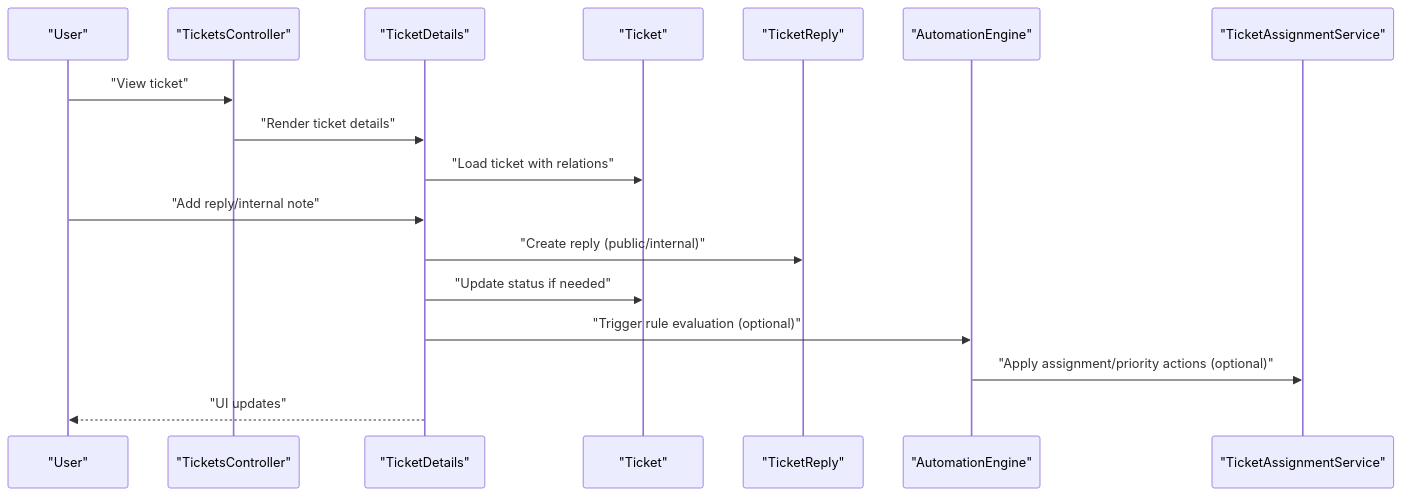
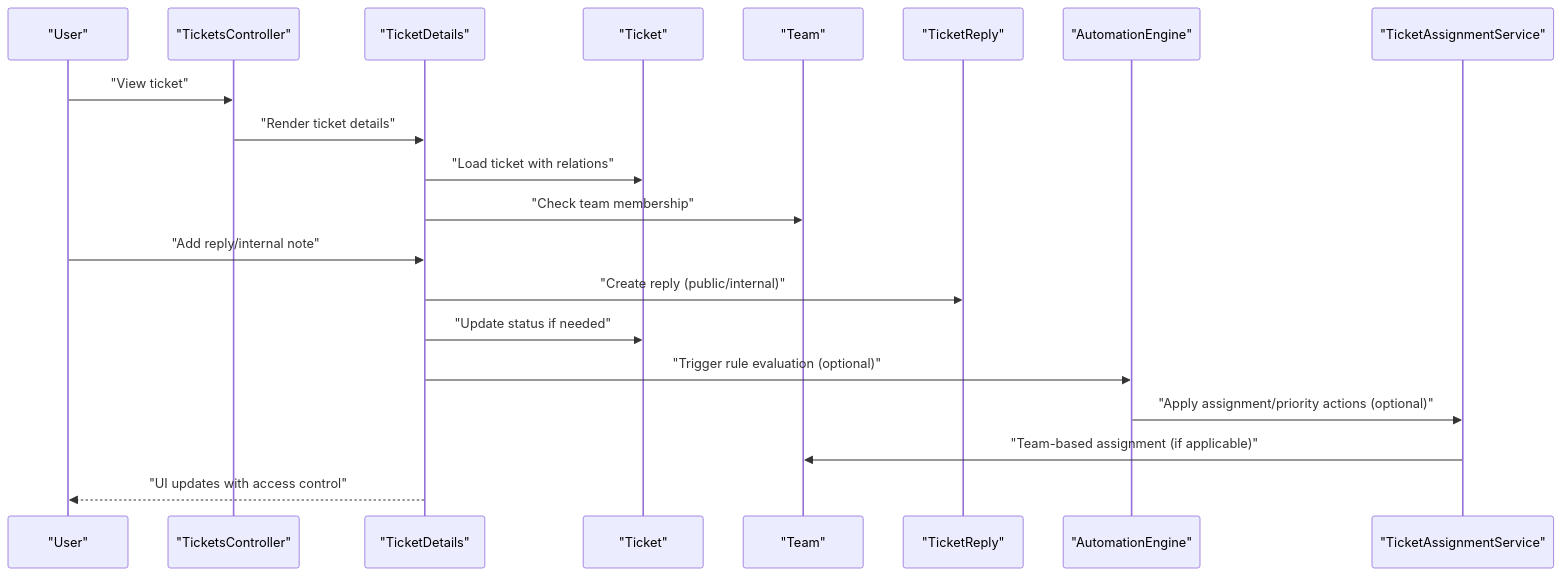
Before and after one commit to younesgamer68/helpdesk-system: the second of 10 diagrams in .qoder/repowiki/en/content/Ticket Management System/Ticket Management System.md, drawn with Mermaid. The commit also changed other lines of this file and 12 other files, not shown here.

````diff
--- a/.qoder/repowiki/en/content/Ticket Management System/Ticket Management System.md
+++ b/.qoder/repowiki/en/content/Ticket Management System/Ticket Management System.md
@@ -121,19 +150,22 @@
 ```mermaid
 sequenceDiagram
 participant U as "User"
 participant Ctrl as "TicketsController"
 participant LW as "TicketDetails"
 participant M as "Ticket"
+participant T as "Team"
 participant R as "TicketReply"
 participant A as "AutomationEngine"
 participant S as "TicketAssignmentService"
 U->>Ctrl : "View ticket"
 Ctrl->>LW : "Render ticket details"
 LW->>M : "Load ticket with relations"
+LW->>T : "Check team membership"
 U->>LW : "Add reply/internal note"
 LW->>R : "Create reply (public/internal)"
 LW->>M : "Update status if needed"
 LW->>A : "Trigger rule evaluation (optional)"
 A->>S : "Apply assignment/priority actions (optional)"
-LW-->>U : "UI updates"
+S->>T : "Team-based assignment (if applicable)"
+LW-->>U : "UI updates with access control"
 ```
````
